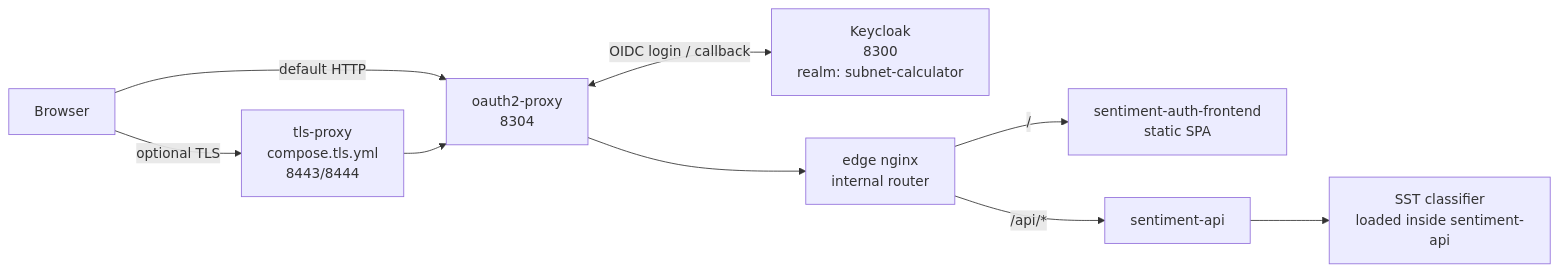
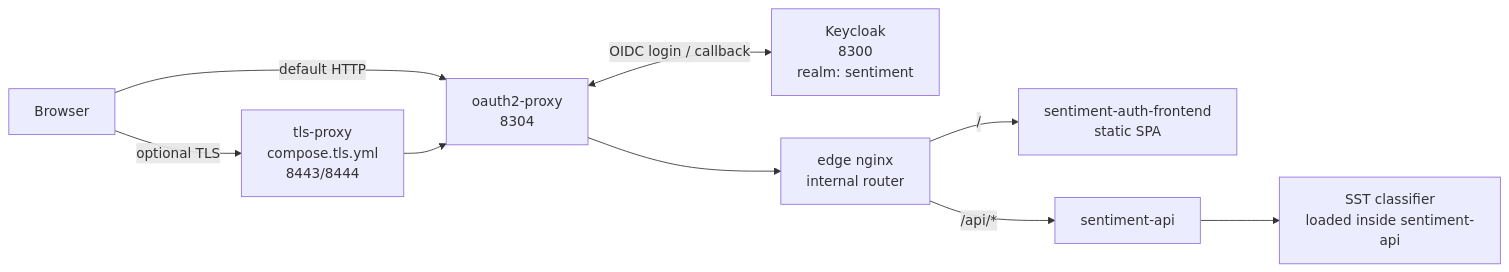
Before and after one commit to nickromney/platform: the first of 4 diagrams in apps/sentiment/docs/COMPOSE-ARCHITECTURE.md, drawn with Mermaid. The commit also changed other lines of this file and 538 other files, not shown here.

````diff
--- a/apps/sentiment/docs/COMPOSE-ARCHITECTURE.md
+++ b/apps/sentiment/docs/COMPOSE-ARCHITECTURE.md
@@ -28,20 +21,20 @@
 ```mermaid
 flowchart LR
     Browser["Browser"]
     TLS["tls-proxy<br/>compose.tls.yml<br/>8443/8444"]
     OAuth["oauth2-proxy<br/>8304"]
-    KC["Keycloak<br/>8300<br/>realm: subnet-calculator"]
+    KC["Keycloak<br/>8300<br/>realm: sentiment"]
     Edge["edge nginx<br/>internal router"]
     UI["sentiment-auth-frontend<br/>static SPA"]
     API["sentiment-api"]
     SST["SST classifier<br/>loaded inside sentiment-api"]
 
     Browser -->|"default HTTP"| OAuth
     Browser -->|"optional TLS"| TLS
     TLS --> OAuth
     OAuth <-->|"OIDC login / callback"| KC
     OAuth --> Edge
     Edge -->|" / "| UI
     Edge -->|" /api/* "| API
     API --> SST
 ```
````
